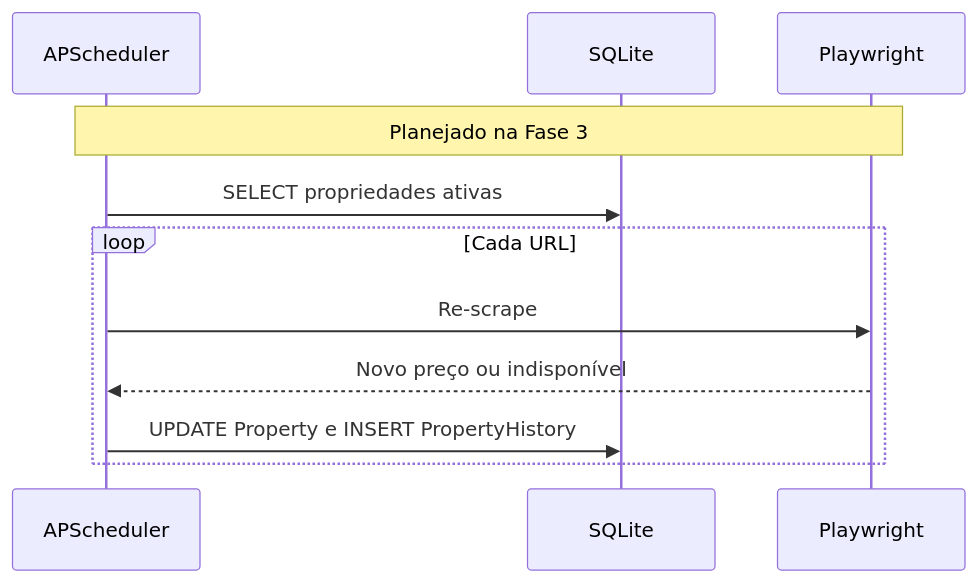
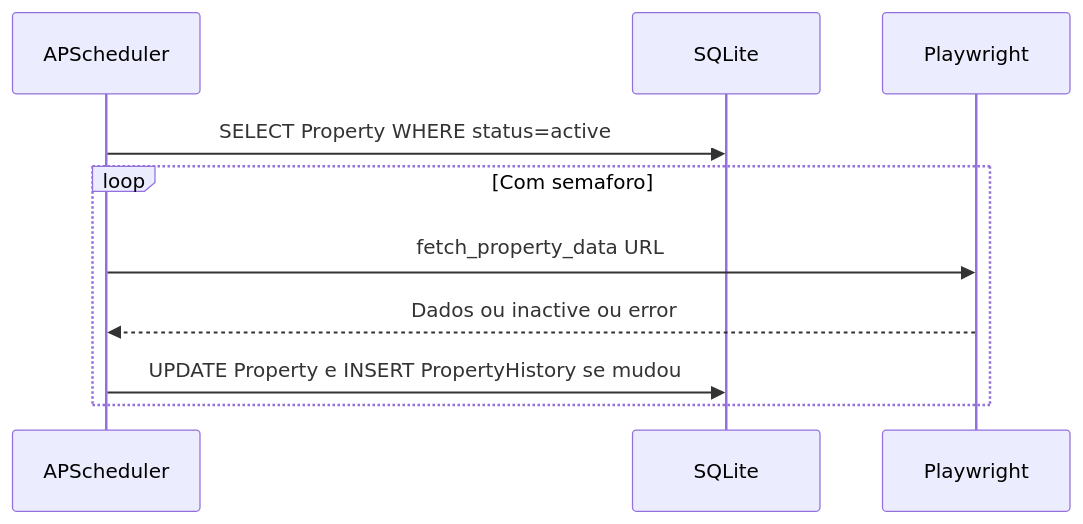
One commit to atejap05/monitora-imoveis changed the third of 5 diagrams in docs/arquitetura.md. Above: the diagram before and after it, drawn with Mermaid. The commit also changed other lines of this file and 28 other files, not shown here.

Commit message:
feat: implement background job scheduling with APScheduler for periodic re-scraping of active properties; add manual re-scrape endpoint for user properties; enhance schemas and documentation to reflect new features

````diff
--- a/docs/arquitetura.md
+++ b/docs/arquitetura.md
@@ -88,14 +91,13 @@
 ```mermaid
 sequenceDiagram
     participant Cron as APScheduler
     participant DB as SQLite
     participant PW as Playwright
 
-    Note over Cron,PW: Planejado na Fase 3
-    Cron->>DB: SELECT propriedades ativas
-    loop Cada URL
-        Cron->>PW: Re-scrape
-        PW-->>Cron: Novo preço ou indisponível
-        Cron->>DB: UPDATE Property e INSERT PropertyHistory
+    Cron->>DB: SELECT Property WHERE status=active
+    loop Com semaforo
+        Cron->>PW: fetch_property_data URL
+        PW-->>Cron: Dados ou inactive ou error
+        Cron->>DB: UPDATE Property e INSERT PropertyHistory se mudou
     end
 ```
````
